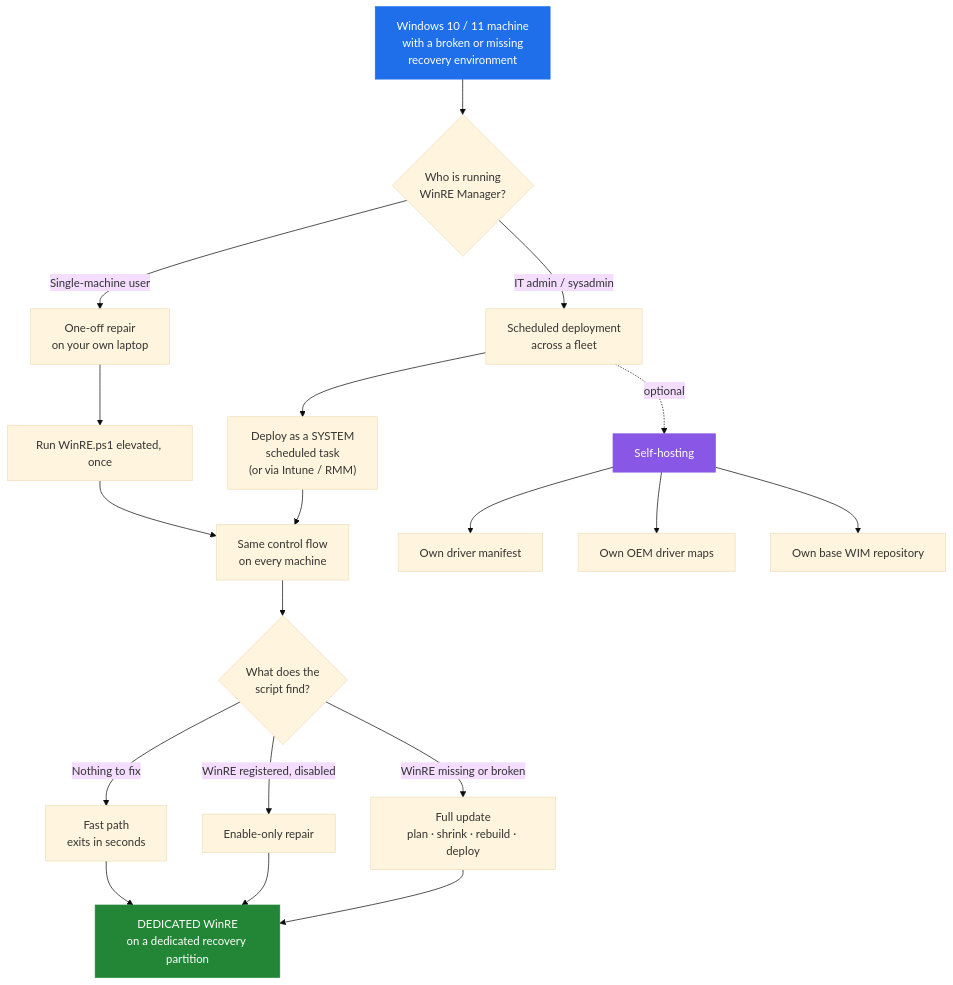
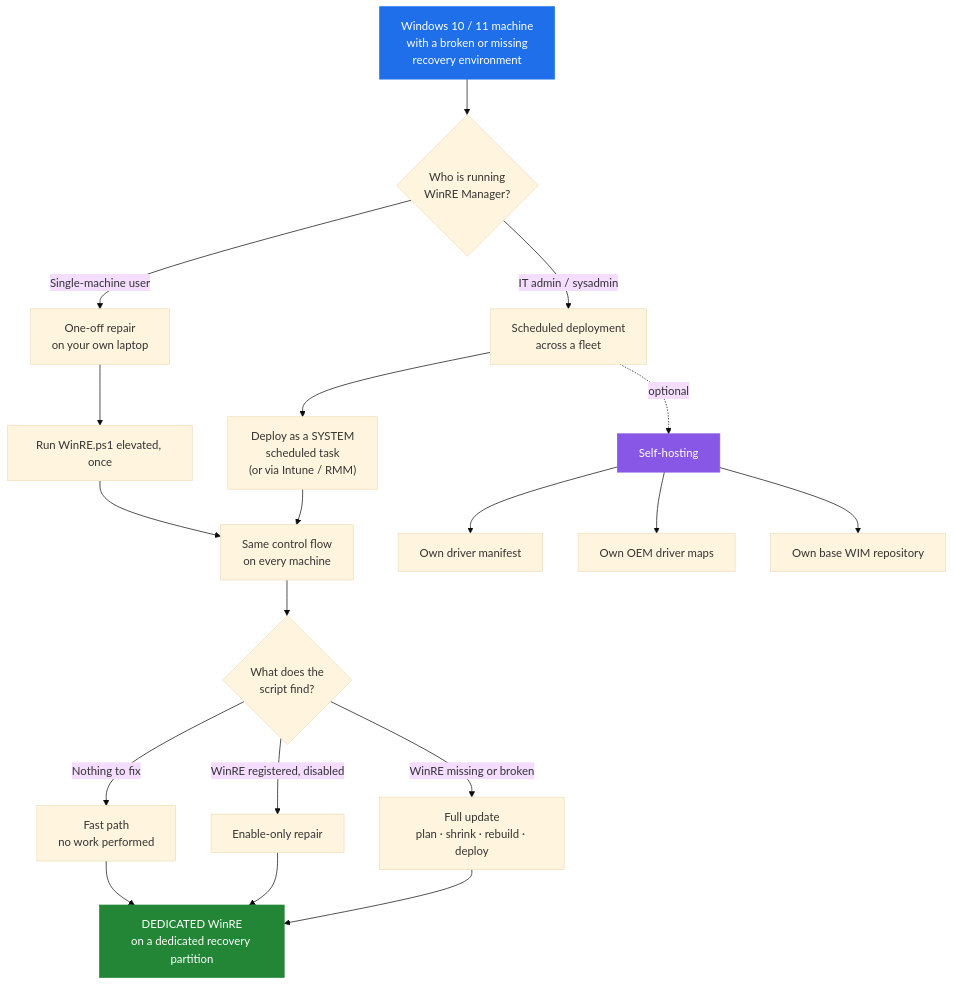
Before and after one commit to ArthurJDurand/WinRE-Manager: the first of 2 diagrams in README.md, drawn with Mermaid (base theme). The commit also changed other lines of this file and 15 other files, not shown here.

````diff
--- a/README.md
+++ b/README.md
@@ -40,33 +115,33 @@
 ```mermaid
 flowchart TD
     Start["Windows 10 / 11 machine<br/>with a broken or missing<br/>recovery environment"]
 
     Start --> Who{"Who is running<br/>WinRE Manager?"}
 
     Who -->|"Single-machine user"| Single["One-off repair<br/>on your own laptop"]
     Who -->|"IT admin / sysadmin"| Fleet["Scheduled deployment<br/>across a fleet"]
 
     Single --> RunOne["Run WinRE.ps1 elevated, once"]
     Fleet --> RunFleet["Deploy as a SYSTEM<br/>scheduled task<br/>(or via Intune / RMM)"]
 
     RunOne --> Flow["Same control flow<br/>on every machine"]
     RunFleet --> Flow
 
     Flow --> Fast{"What does the<br/>script find?"}
-    Fast -->|"Nothing to fix"| FP["Fast path<br/>exits in seconds"]
+    Fast -->|"Nothing to fix"| FP["Fast path<br/>no work performed"]
     Fast -->|"WinRE registered, disabled"| EO["Enable-only repair"]
     Fast -->|"WinRE missing or broken"| FU["Full update<br/>plan · shrink · rebuild · deploy"]
 
     FP --> End["DEDICATED WinRE<br/>on a dedicated recovery partition"]
     EO --> End
     FU --> End
 
     Fleet -.->|"optional"| SH["Self-hosting"]
     SH --> SH1["Own driver manifest"]
     SH --> SH2["Own OEM driver maps"]
     SH --> SH3["Own base WIM repository"]
 
     style Start fill:#1f6feb,stroke:#1f6feb,color:#fff
     style End fill:#238636,stroke:#238636,color:#fff
     style SH fill:#8957e5,stroke:#8957e5,color:#fff
 ```
````
